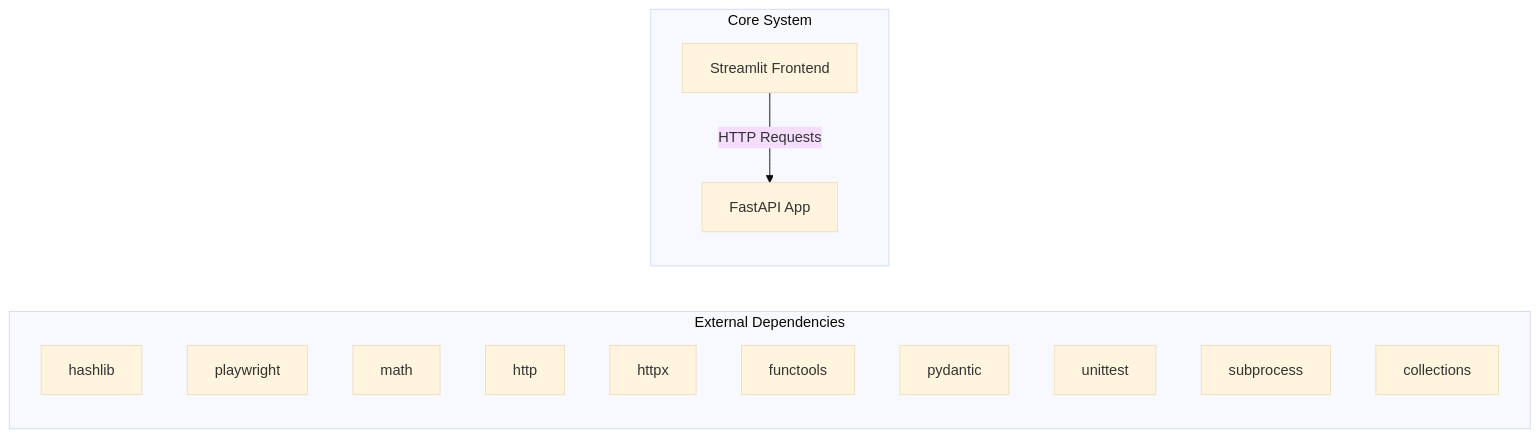
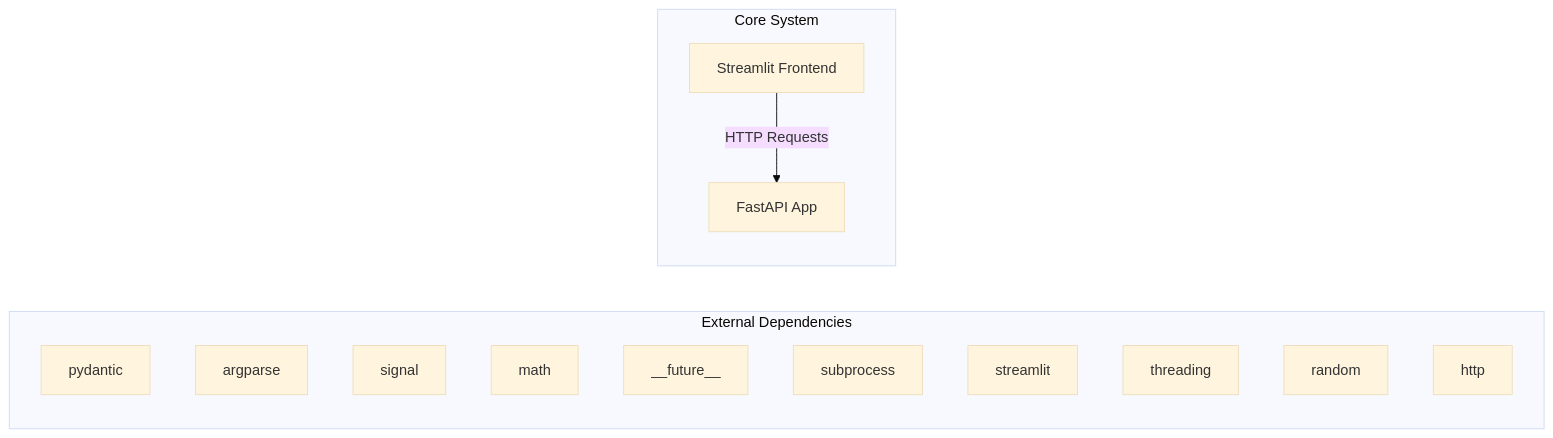
One commit to NITISH-R-G/rag-context-optimizer changed the first of 2 diagrams in docs/architecture.md. Above: the diagram before and after it, drawn with Mermaid (base theme). The commit also changed 1 other file, not shown here.

Commit message:
docs: auto-update repository knowledge, architecture diagrams, and documentation

````diff
--- a/docs/architecture.md
+++ b/docs/architecture.md
@@ -7,20 +7,20 @@
 ```mermaid
 graph LR
     subgraph External Dependencies
-        E0["hashlib"]
-        E1["playwright"]
-        E2["math"]
-        E3["http"]
-        E4["httpx"]
-        E5["functools"]
-        E6["pydantic"]
-        E7["unittest"]
-        E8["subprocess"]
-        E9["collections"]
+        E0["pydantic"]
+        E1["argparse"]
+        E2["signal"]
+        E3["math"]
+        E4["__future__"]
+        E5["subprocess"]
+        E6["streamlit"]
+        E7["threading"]
+        E8["random"]
+        E9["http"]
     end
     subgraph Core System
         API["FastAPI App"]
         UI["Streamlit Frontend"]
     end
     UI -->|HTTP Requests| API
 ```
````
